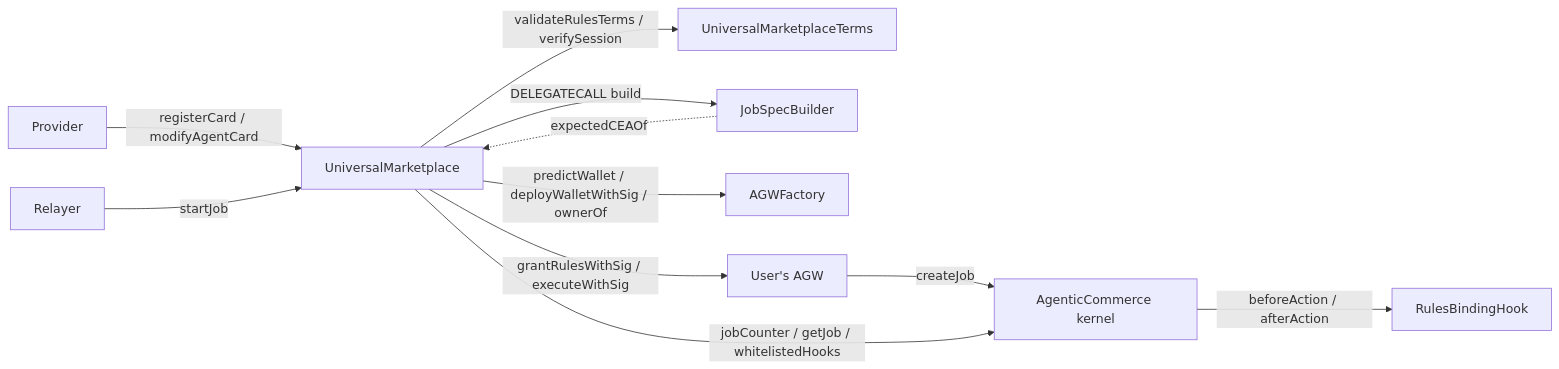
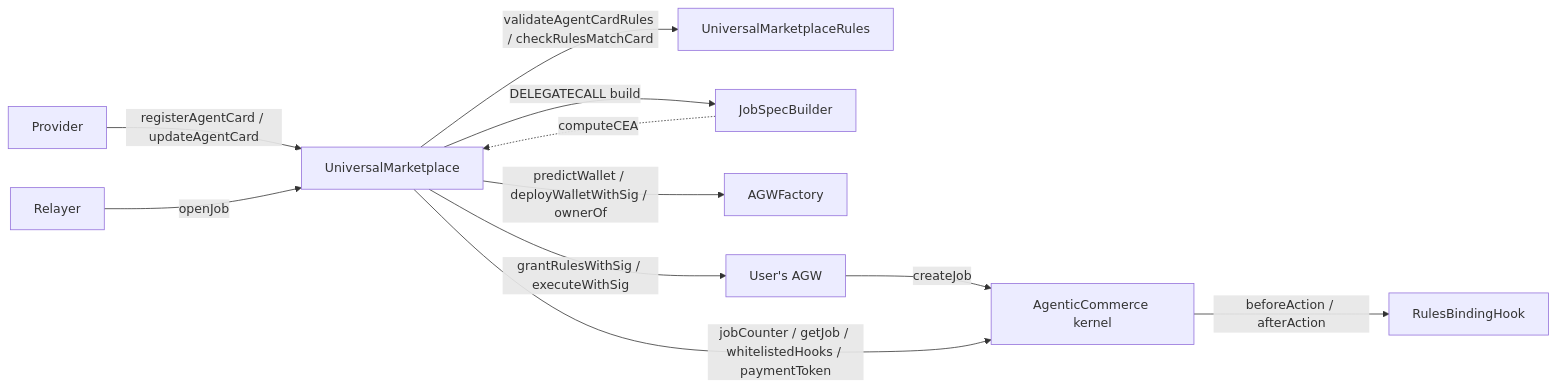
One commit to pushchain/push-chain-core-contracts changed the first of 3 diagrams in docs/universalmarketplace/README.md. Above: the diagram before and after it, drawn with Mermaid. The commit also changed other lines of this file and 33 other files, not shown here.

````diff
--- a/docs/universalmarketplace/README.md
+++ b/docs/universalmarketplace/README.md
@@ -92,13 +97,13 @@
 ```mermaid
 flowchart LR
-    Provider -- registerCard / modifyAgentCard --> MKT[UniversalMarketplace]
-    Relayer -- startJob --> MKT
-    MKT -- validateRulesTerms / verifySession --> TERMS[UniversalMarketplaceTerms]
+    Provider -- registerAgentCard / updateAgentCard --> MKT[UniversalMarketplace]
+    Relayer -- openJob --> MKT
+    MKT -- validateAgentCardRules / checkRulesMatchCard --> RULES[UniversalMarketplaceRules]
     MKT -- DELEGATECALL build --> JSB[JobSpecBuilder]
-    JSB -. expectedCEAOf .-> MKT
+    JSB -. computeCEA .-> MKT
     MKT -- predictWallet / deployWalletWithSig / ownerOf --> FACT[AGWFactory]
     MKT -- grantRulesWithSig / executeWithSig --> AGW[User's AGW]
     AGW -- createJob --> KERNEL[AgenticCommerce kernel]
-    MKT -- jobCounter / getJob / whitelistedHooks --> KERNEL
+    MKT -- jobCounter / getJob / whitelistedHooks / paymentToken --> KERNEL
     KERNEL -- beforeAction / afterAction --> HOOK[RulesBindingHook]
 ```
````
